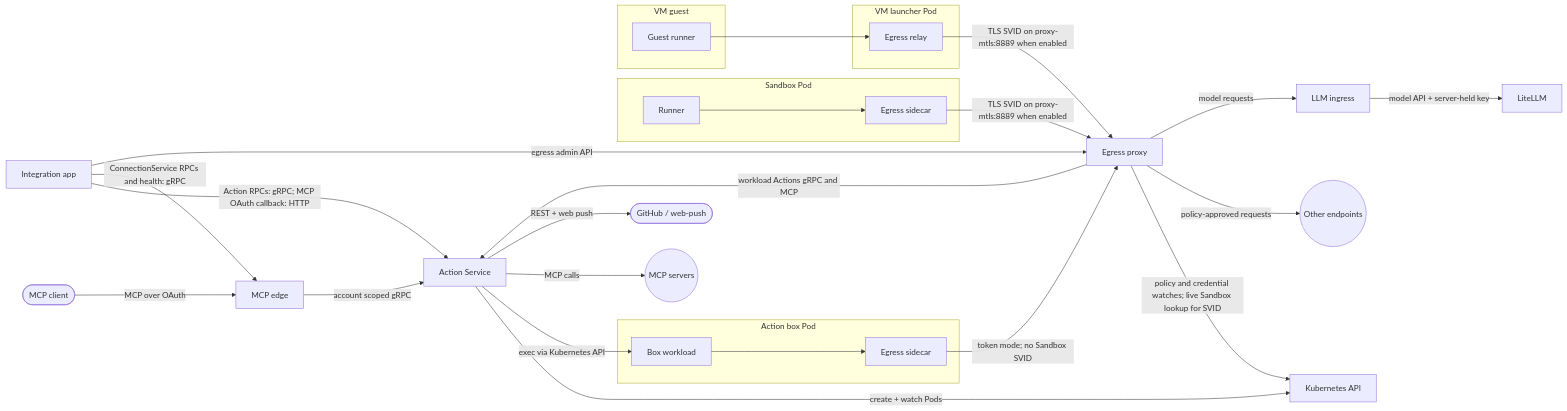
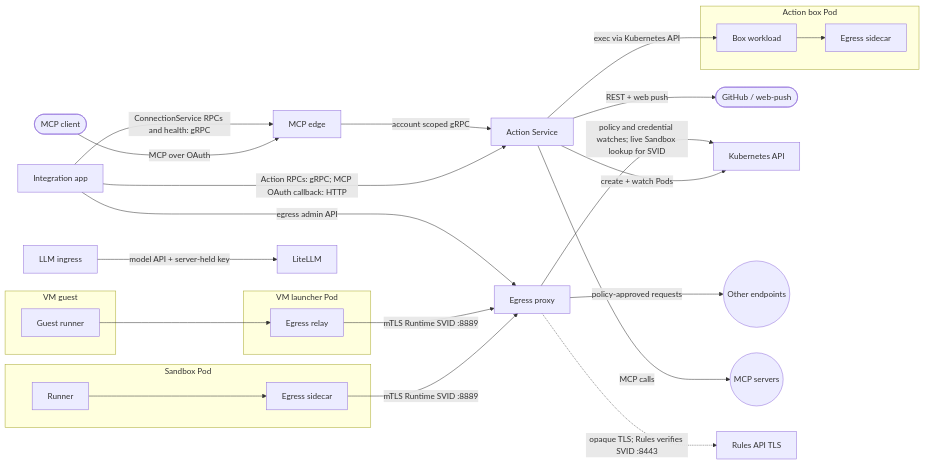
One commit to agentydragon/ducktape changed the ninth of 9 diagrams in agentplane/docs/system_overview.md. Above: the diagram before and after it, drawn with Mermaid. The commit also changed other lines of this file and 62 other files, not shown here.

Commit message:
agentplane: move egress and Rules to workload SVIDs

````diff
--- a/agentplane/docs/system_overview.md
+++ b/agentplane/docs/system_overview.md
@@ -512,46 +513,45 @@
 ```mermaid
 flowchart LR
     mcp_client([MCP client])
     github([GitHub / web-push])
     app[Integration app]
     actions[Action Service]
     edge[MCP edge]
     k8s[Kubernetes API]
     subgraph box[Action box Pod]
         workload[Box workload]
         box_sidecar[Egress sidecar]
     end
     subgraph sandbox[Sandbox Pod]
         runner[Runner]
         sidecar[Egress sidecar]
     end
     subgraph vm_guest[VM guest]
         guest[Guest runner]
     end
     subgraph vm_pod[VM launcher Pod]
         relay[Egress relay]
     end
     egress[Egress proxy]
     llm[LLM ingress]
     litellm[LiteLLM]
     other((Other endpoints))
     mcp_servers((MCP servers))
 
     mcp_client -->|MCP over OAuth| edge
     app -->|Action RPCs: gRPC; MCP OAuth callback: HTTP| actions
     app -->|ConnectionService RPCs and health: gRPC| edge
     edge -->|account scoped gRPC| actions
     actions -->|create + watch Pods| k8s
     actions -->|exec via Kubernetes API| workload
-    workload --> box_sidecar -->|token mode; no Sandbox SVID| egress
-    runner --> sidecar -->|TLS SVID on proxy-mtls:8889 when enabled| egress
-    guest --> relay -->|TLS SVID on proxy-mtls:8889 when enabled| egress
+    workload --> box_sidecar
+    runner --> sidecar -->|mTLS Runtime SVID :8889| egress
+    guest --> relay -->|mTLS Runtime SVID :8889| egress
     app -->|egress admin API| egress
     egress -->|policy and credential watches; live Sandbox lookup for SVID| k8s
-    egress -->|workload Actions gRPC and MCP| actions
     egress -->|policy-approved requests| other
-    egress -->|model requests| llm
+    egress -.->|opaque TLS; Rules verifies SVID :8443| rules[Rules API TLS]
     llm -->|model API + server-held key| litellm
     actions -->|MCP calls| mcp_servers
     actions -->|REST + web push| github
 ```
````
